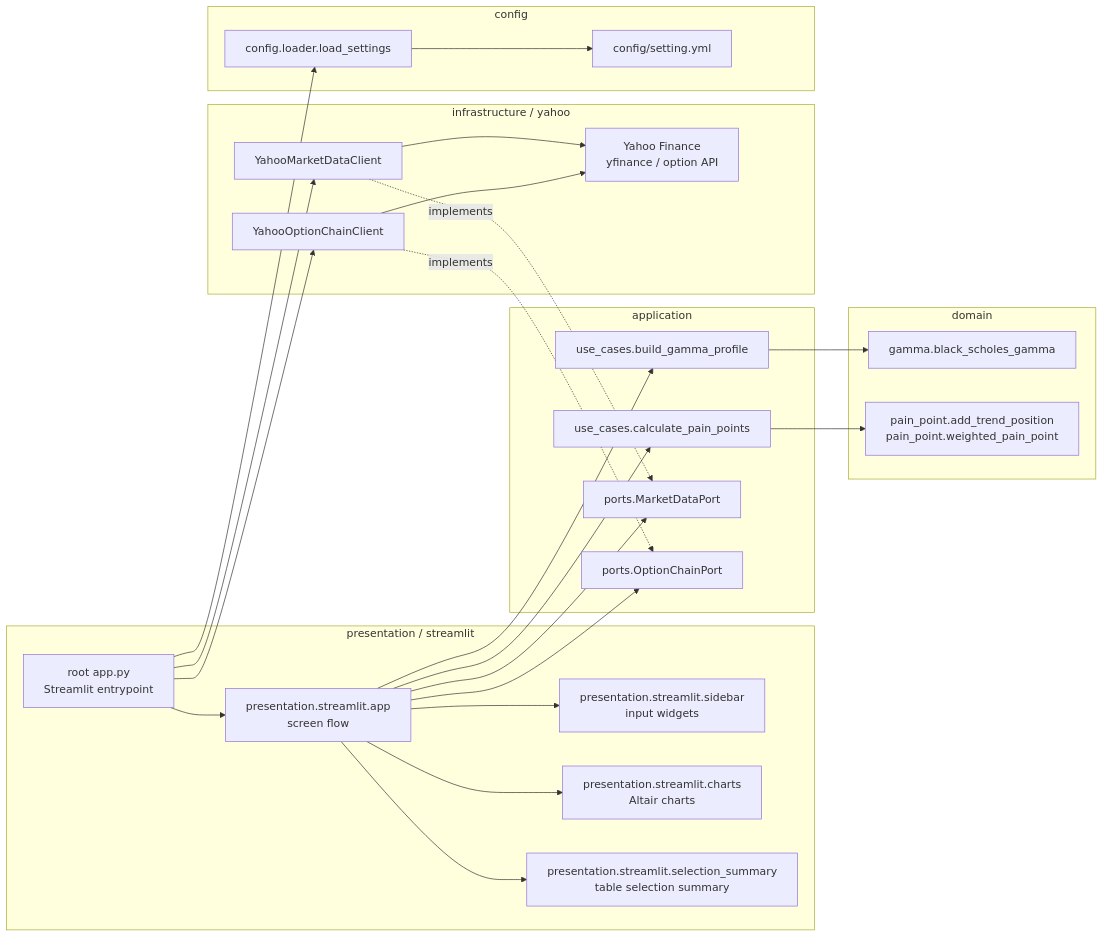
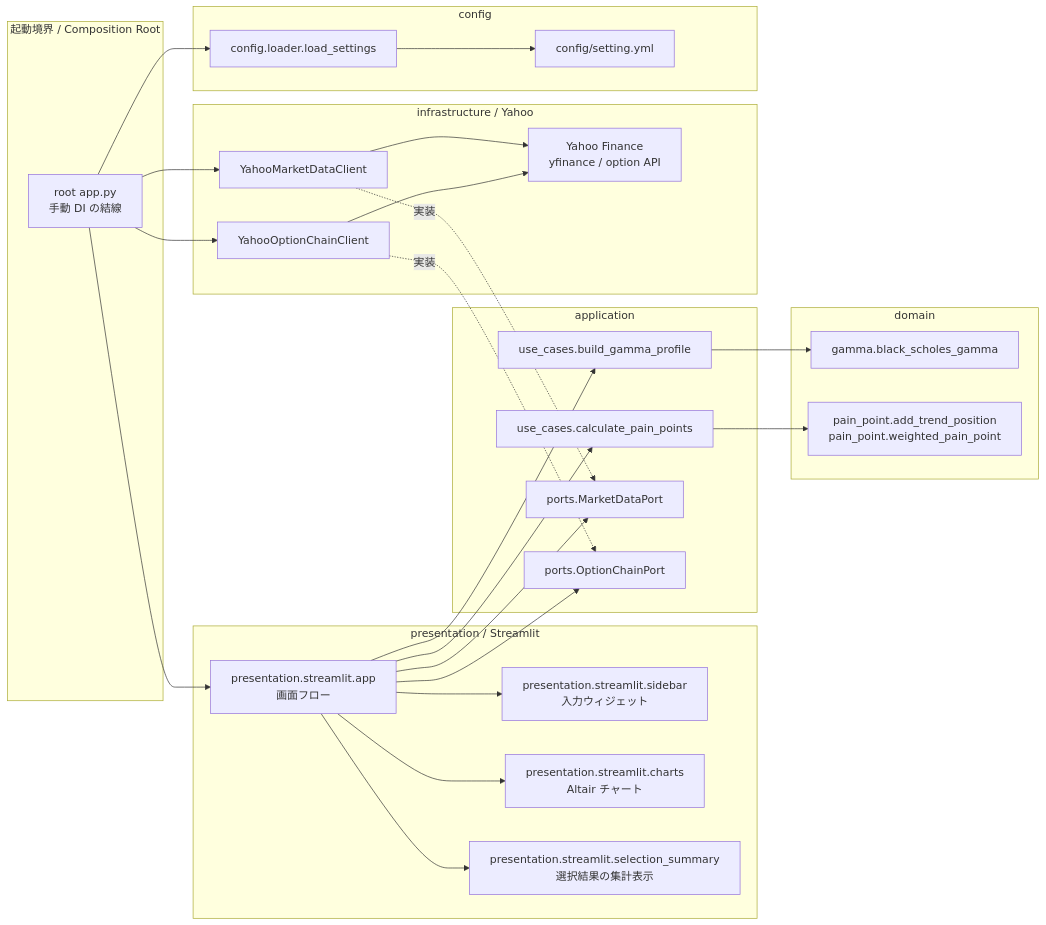
One commit to rang000/index_analysis changed the diagram in docs/architecture.md. Above: the diagram before and after it, drawn with Mermaid. The commit also changed other lines of this file and 5 other files, not shown here.

````diff
--- a/docs/architecture.md
+++ b/docs/architecture.md
@@ -21,55 +21,59 @@
 ```mermaid
 flowchart LR
-    subgraph Presentation["presentation / streamlit"]
-        RootApp["root app.py<br/>Streamlit entrypoint"]
-        StreamlitApp["presentation.streamlit.app<br/>screen flow"]
-        Sidebar["presentation.streamlit.sidebar<br/>input widgets"]
-        Charts["presentation.streamlit.charts<br/>Altair charts"]
-        SelectionSummary["presentation.streamlit.selection_summary<br/>table selection summary"]
+    subgraph CompositionRoot["起動境界 / Composition Root"]
+        RootApp["root app.py<br/>手動 DI の結線"]
+    end
+
+    subgraph Presentation["presentation / Streamlit"]
+        StreamlitApp["presentation.streamlit.app<br/>画面フロー"]
+        Sidebar["presentation.streamlit.sidebar<br/>入力ウィジェット"]
+        Charts["presentation.streamlit.charts<br/>Altair チャート"]
+        SelectionSummary["presentation.streamlit.selection_summary<br/>選択結果の集計表示"]
     end
 
     subgraph Application["application"]
         BuildGammaProfile["use_cases.build_gamma_profile"]
         CalculatePainPoints["use_cases.calculate_pain_points"]
         MarketDataPort["ports.MarketDataPort"]
         OptionChainPort["ports.OptionChainPort"]
     end
 
     subgraph Domain["domain"]
         Gamma["gamma.black_scholes_gamma"]
         PainPoint["pain_point.add_trend_position<br/>pain_point.weighted_pain_point"]
     end
 
-    subgraph Infrastructure["infrastructure / yahoo"]
+    subgraph Infrastructure["infrastructure / Yahoo"]
         YahooMarketData["YahooMarketDataClient"]
         YahooOptionChain["YahooOptionChainClient"]
         YahooFinance["Yahoo Finance<br/>yfinance / option API"]
     end
 
     subgraph Config["config"]
         Settings["config/setting.yml"]
         Loader["config.loader.load_settings"]
     end
 
-    RootApp --> StreamlitApp
     RootApp --> Loader
     RootApp --> YahooMarketData
     RootApp --> YahooOptionChain
+    RootApp --> StreamlitApp
+
     StreamlitApp --> Sidebar
     StreamlitApp --> Charts
     StreamlitApp --> SelectionSummary
     StreamlitApp --> BuildGammaProfile
     StreamlitApp --> CalculatePainPoints
     StreamlitApp --> MarketDataPort
     StreamlitApp --> OptionChainPort
 
     BuildGammaProfile --> Gamma
     CalculatePainPoints --> PainPoint
 
-    YahooMarketData -. implements .-> MarketDataPort
-    YahooOptionChain -. implements .-> OptionChainPort
+    YahooMarketData -. 実装 .-> MarketDataPort
+    YahooOptionChain -. 実装 .-> OptionChainPort
     YahooMarketData --> YahooFinance
     YahooOptionChain --> YahooFinance
 
     Loader --> Settings
 ```
````
